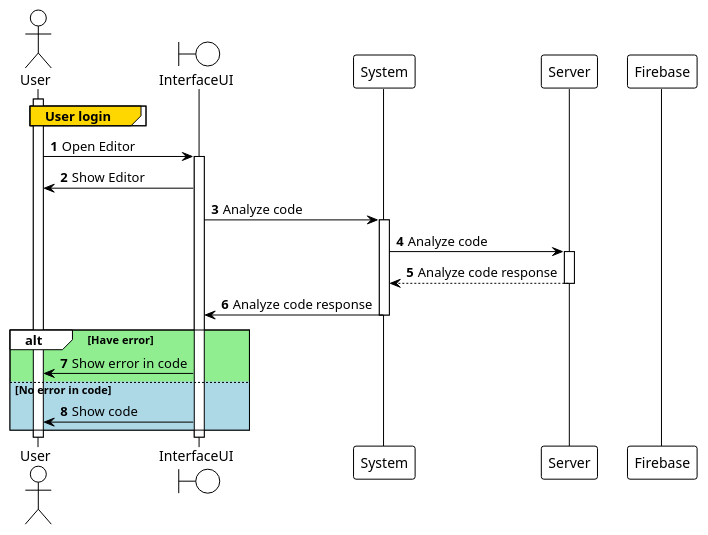
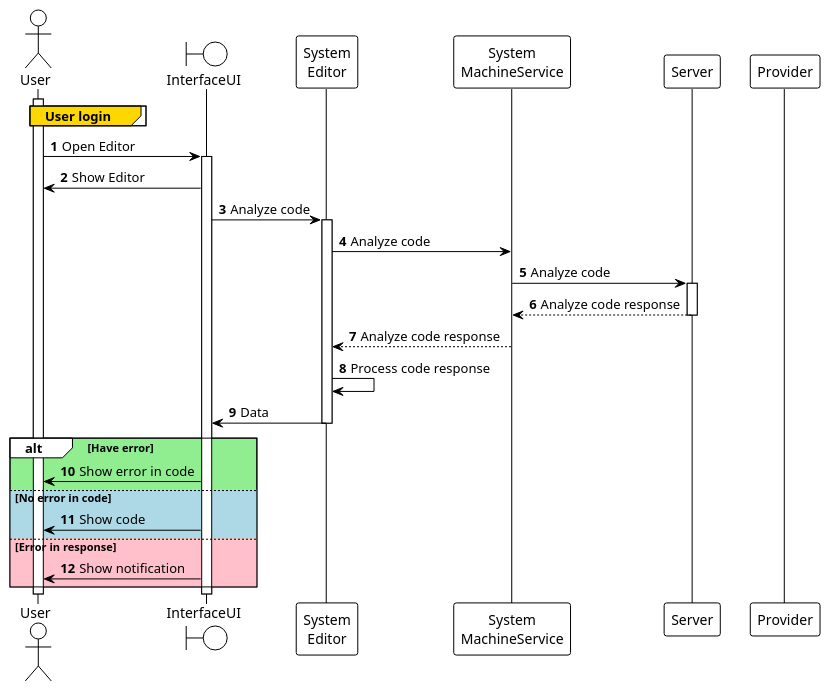
One commit to nonodev96/THUMDER changed the diagram in UML/4.Sequence/4.12.ShowErrorsInCode.puml. Above: the diagram before and after it, drawn with PlantUML. The commit also changed 41 other files, not shown here.

Commit message:
Fix with drag and drop, new component card with docs and names in UML sequences changes

```diff
--- a/UML/4.Sequence/4.12.ShowErrorsInCode.puml
+++ b/UML/4.Sequence/4.12.ShowErrorsInCode.puml
@@ -1,39 +1,45 @@
 @startuml
 'https://plantuml.com/sequence-diagram
 !theme plain
 
 autonumber
 
 actor User
 boundary InterfaceUI
-participant System
+participant "System\nEditor" as System
+participant "System\nMachineService" as MachineService
 participant Server
-participant Firebase
+participant "Provider" as Firebase
 
 activate User
 group#Gold User login
 
 end
 User -> InterfaceUI: Open Editor
 activate InterfaceUI
 User <- InterfaceUI: Show Editor
 
 InterfaceUI -> System: Analyze code
   activate System
-  System -> Server: Analyze code
+  System -> MachineService: Analyze code
+  MachineService -> Server: Analyze code
   activate Server
-  System <-- Server: Analyze code response
+  MachineService <-- Server: Analyze code response
   deactivate Server
-  InterfaceUI <- System: Analyze code response
+  System <-- MachineService: Analyze code response
+  System -> System: Process code response
+  InterfaceUI <- System: Data
   deactivate System
 
   alt #LightGreen Have error
     User <- InterfaceUI: Show error in code
   else #LightBlue No error in code
     User <- InterfaceUI: Show code
+  else #Pink Error in response
+    User <- InterfaceUI: Show notification
   end
 
 deactivate InterfaceUI
 deactivate User
 
 @enduml
```
